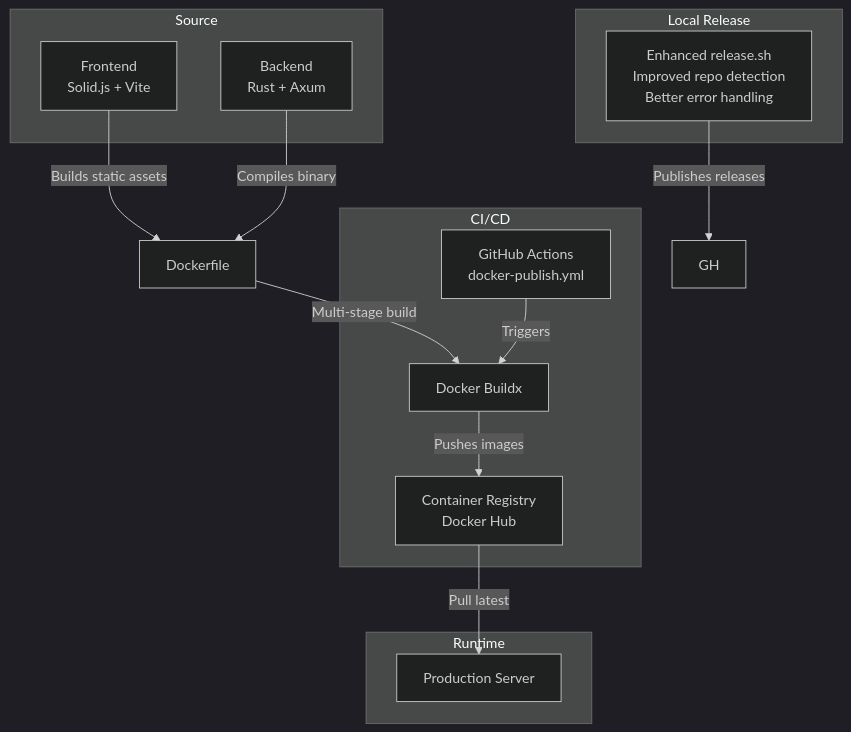
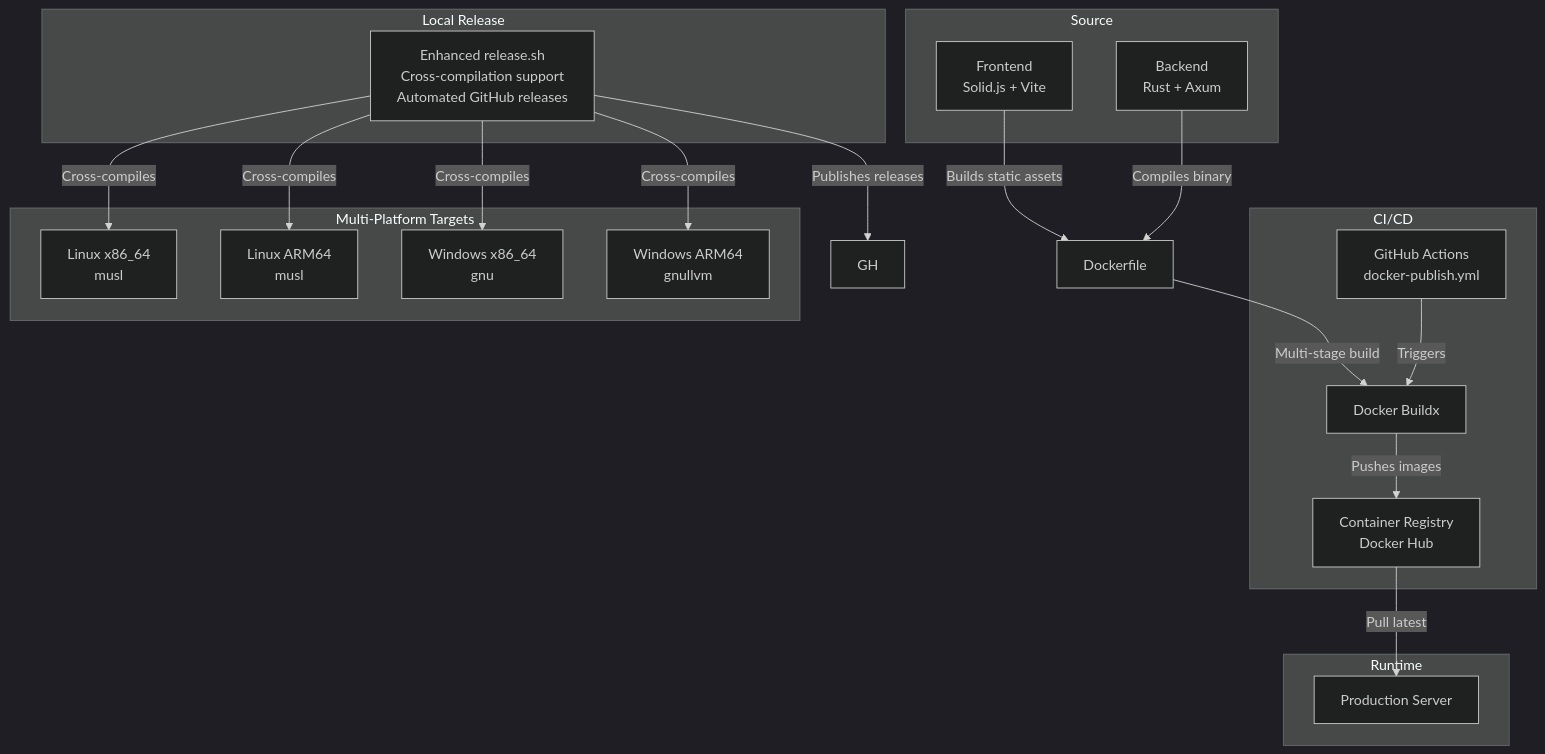
One commit to sutanto1010/crablite changed the first of 9 diagrams in .qoder/repowiki/en/content/Deployment & Operations/Release Process.md. Above: the diagram before and after it, drawn with Mermaid (dark theme). The commit also changed other lines of this file and 47 other files, not shown here.

````diff
--- a/.qoder/repowiki/en/content/Deployment & Operations/Release Process.md
+++ b/.qoder/repowiki/en/content/Deployment & Operations/Release Process.md
@@ -43,25 +44,35 @@
 ```mermaid
 graph TB
 subgraph "Source"
 FE["Frontend<br/>Solid.js + Vite"]
 BE["Backend<br/>Rust + Axum"]
 end
 subgraph "CI/CD"
 GHActions["GitHub Actions<br/>docker-publish.yml"]
 Buildx["Docker Buildx"]
 Registry["Container Registry<br/>Docker Hub"]
 end
 subgraph "Local Release"
-ReleaseScript["Enhanced release.sh<br/>Improved repo detection<br/>Better error handling"]
+ReleaseScript["Enhanced release.sh<br/>Cross-compilation support<br/>Automated GitHub releases"]
+end
+subgraph "Multi-Platform Targets"
+LinuxX64["Linux x86_64<br/>musl"]
+LinuxARM["Linux ARM64<br/>musl"]
+WinX64["Windows x86_64<br/>gnu"]
+WinARM["Windows ARM64<br/>gnullvm"]
 end
 subgraph "Runtime"
 Server["Production Server"]
 end
 FE --> |Builds static assets| Dockerfile
 BE --> |Compiles binary| Dockerfile
 Dockerfile --> |Multi-stage build| Buildx
 Buildx --> |Pushes images| Registry
 GHActions --> |Triggers| Buildx
 Registry --> |Pull latest| Server
+ReleaseScript --> |Cross-compiles| LinuxX64
+ReleaseScript --> |Cross-compiles| LinuxARM
+ReleaseScript --> |Cross-compiles| WinX64
+ReleaseScript --> |Cross-compiles| WinARM
 ReleaseScript --> |Publishes releases| GH
 ```
````
